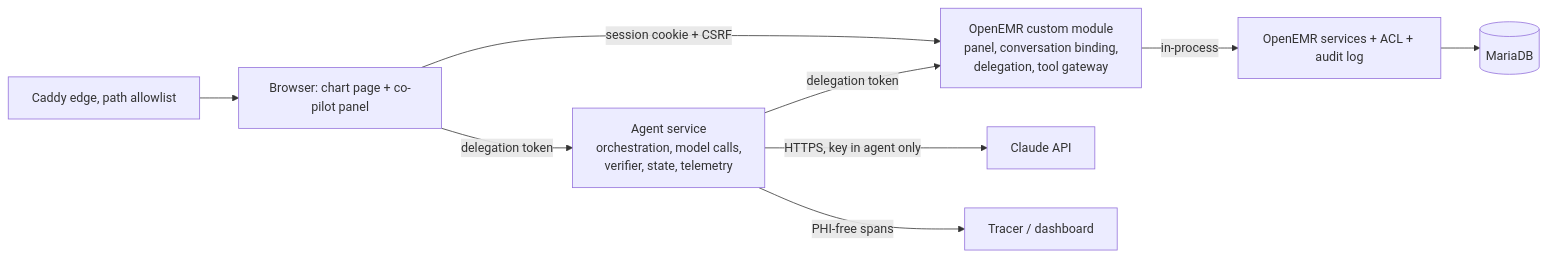
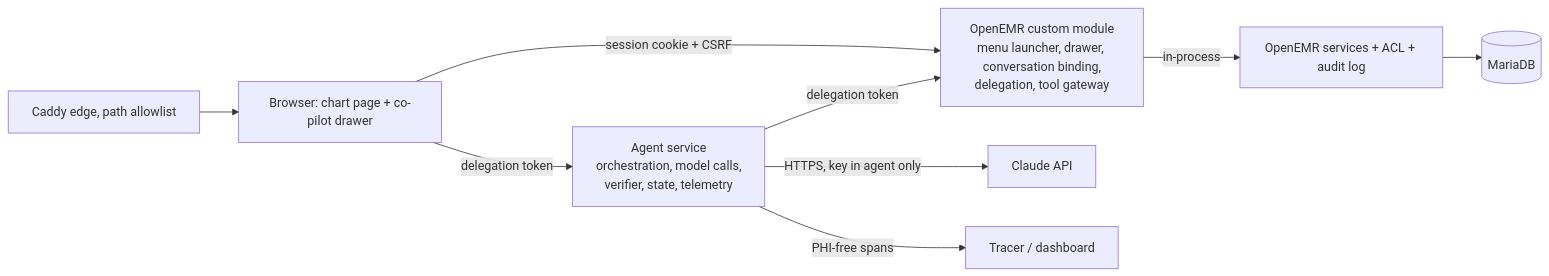
Before and after one commit to hdxsfbr/openemr-base-clean: the first of 3 diagrams in ARCHITECTURE.md, drawn with Mermaid. The commit also changed other lines of this file and 13 other files, not shown here.

````diff
--- a/ARCHITECTURE.md
+++ b/ARCHITECTURE.md
@@ -116,11 +118,11 @@
 ```mermaid
 flowchart LR
-  B[Browser: chart page + co-pilot panel] -->|session cookie + CSRF| M[OpenEMR custom module<br/>panel, conversation binding,<br/>delegation, tool gateway]
+  B[Browser: chart page + co-pilot drawer] -->|session cookie + CSRF| M[OpenEMR custom module<br/>menu launcher, drawer, conversation binding,<br/>delegation, tool gateway]
   B -->|delegation token| A[Agent service<br/>orchestration, model calls,<br/>verifier, state, telemetry]
   A -->|delegation token| M
   M -->|in-process| S[OpenEMR services + ACL + audit log]
   S --> D[(MariaDB)]
   A -->|HTTPS, key in agent only| L[Claude API]
   A -->|PHI-free spans| T[Tracer / dashboard]
   C[Caddy edge, path allowlist] --> B
 ```
````
